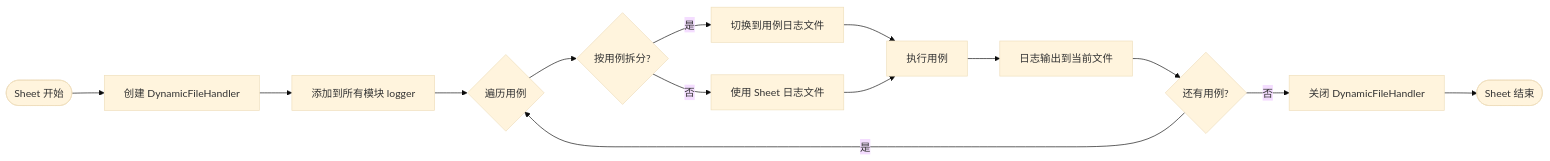
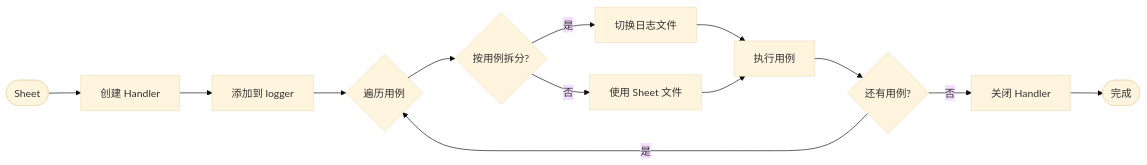
One commit to weihang1258/dpiAutoExcel changed diagram 18 of 22 in 系统架构文档.md. Above: the diagram before and after it, drawn with Mermaid (base theme). The commit also changed other lines of this file and 1 other file, not shown here.

First line of the commit message:
docs: 进一步优化流程图，统一字体大小和布局

````diff
--- a/系统架构文档.md
+++ b/系统架构文档.md
@@ -520,19 +518,15 @@
 ```mermaid
 graph LR
-    Start([Sheet 开始]) --> A[创建 DynamicFileHandler]
-    A --> B[添加到所有模块 logger]
+    Start([Sheet]) --> A[创建 Handler]
+    A --> B[添加到 logger]
     B --> C{遍历用例}
-    
     C --> D{按用例拆分?}
-    D -->|是| E[切换到用例日志文件]
-    D -->|否| F[使用 Sheet 日志文件]
-    
+    D -->|是| E[切换日志文件]
+    D -->|否| F[使用 Sheet 文件]
     E --> G[执行用例]
     F --> G
-    
-    G --> H[日志输出到当前文件]
-    H --> I{还有用例?}
-    I -->|是| C
-    I -->|否| J[关闭 DynamicFileHandler]
-    J --> End([Sheet 结束])
+    G --> H{还有用例?}
+    H -->|是| C
+    H -->|否| I[关闭 Handler]
+    I --> End([完成])
 ```
````
